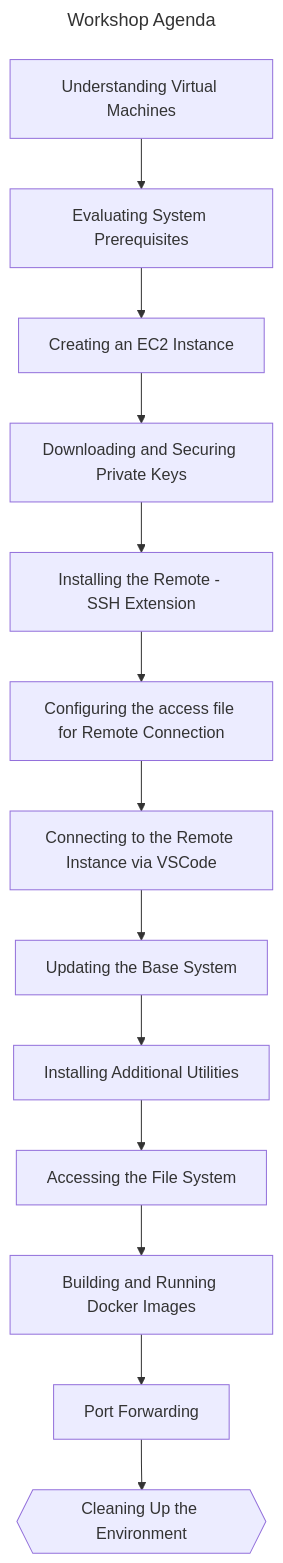
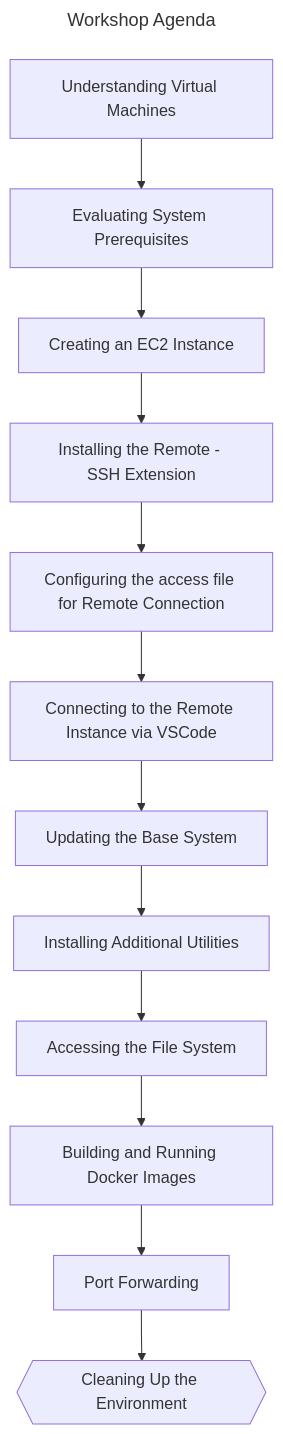
Before and after one commit to hrittikhere/workshop-ec2-vscode: the diagram in README.md, drawn with Mermaid.

````diff
--- a/README.md
+++ b/README.md
@@ -57,19 +57,18 @@
 ```mermaid
 ---
 title: Workshop Agenda 
 ---
 flowchart TD 
   A[Understanding Virtual Machines] --> B[Evaluating System Prerequisites]
-  B --> C[Creating an EC2 Instance]
-  C --> D[Downloading and Securing Private Keys]
+  B --> D[Creating an EC2 Instance]
   D --> E[Installing the Remote - SSH Extension]
   E --> F[Configuring the access file for Remote Connection]
   F --> G[Connecting to the Remote Instance via VSCode]
   G --> H[Updating the Base System]
   H --> I[Installing Additional Utilities]
   I --> J[Accessing the File System]
   J --> K[Building and Running Docker Images]
   K --> L[Port Forwarding]
   L --> N{{Cleaning Up the Environment}}
 
 ```
````
